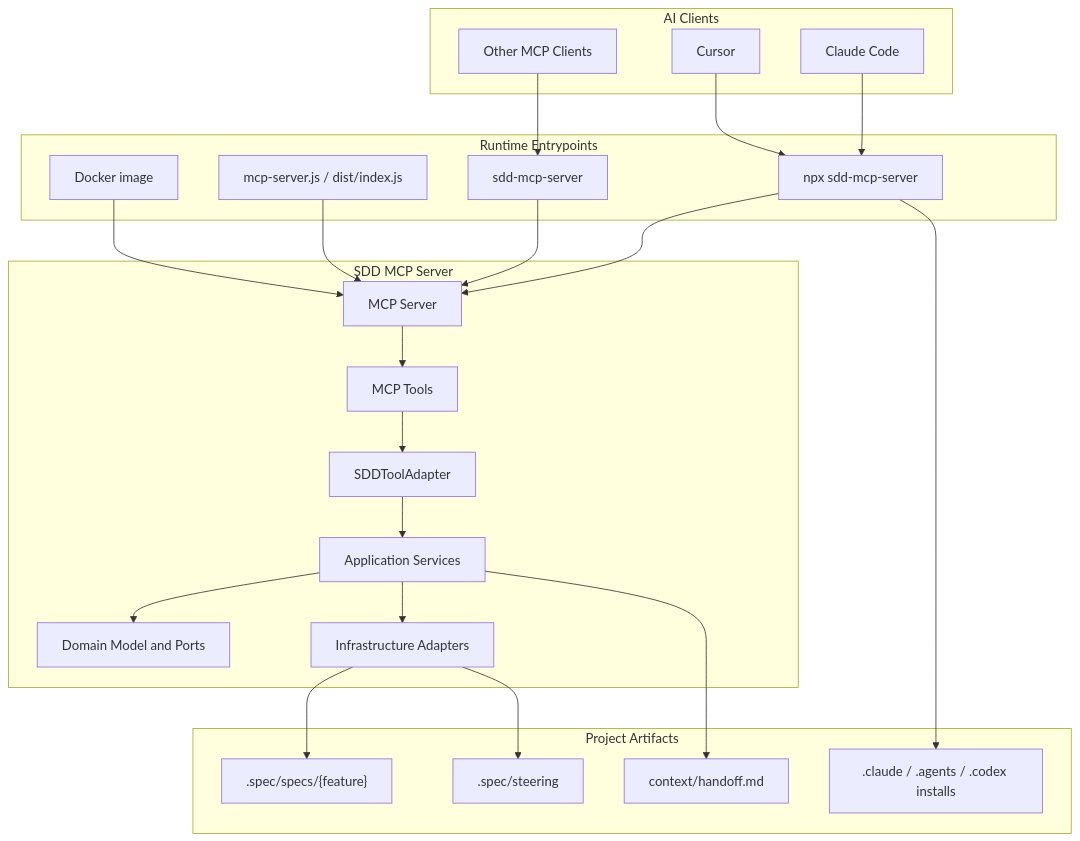
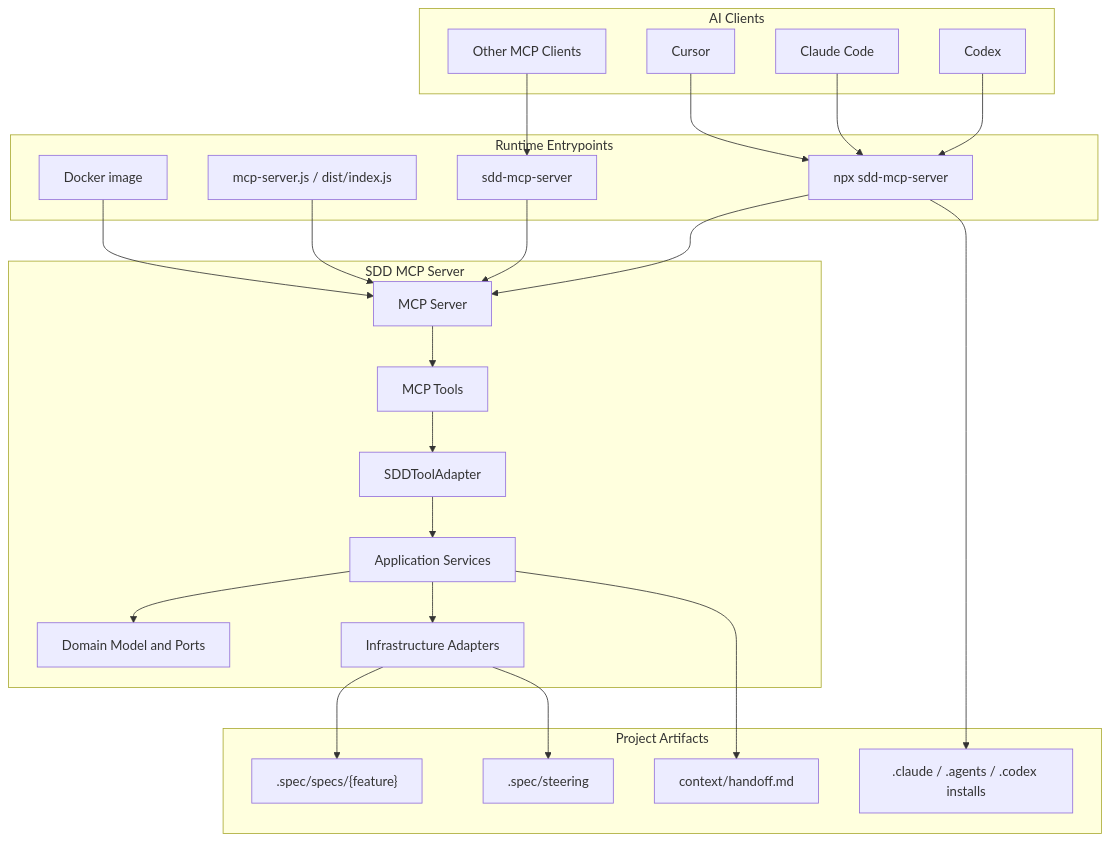
Before and after one commit to yi-john-huang/sdd-mcp: the first of 9 diagrams in ARCHITECTURE.md, drawn with Mermaid. The commit also changed other lines of this file and 22 other files, not shown here.

````diff
--- a/ARCHITECTURE.md
+++ b/ARCHITECTURE.md
@@ -26,48 +26,50 @@
 ```mermaid
 graph TB
     subgraph "AI Clients"
+        Codex["Codex"]
         Claude["Claude Code"]
         Cursor["Cursor"]
         Other["Other MCP Clients"]
     end
 
     subgraph "Runtime Entrypoints"
         NPX["npx sdd-mcp-server"]
         Global["sdd-mcp-server"]
         Local["mcp-server.js / dist/index.js"]
         Docker["Docker image"]
     end
 
     subgraph "SDD MCP Server"
         MCP["MCP Server"]
         Tools["MCP Tools"]
         Adapter["SDDToolAdapter"]
         Services["Application Services"]
         Domain["Domain Model and Ports"]
         Infra["Infrastructure Adapters"]
     end
 
     subgraph "Project Artifacts"
         Specs[".spec/specs/{feature}"]
         Steering[".spec/steering"]
         Handoffs["context/handoff.md"]
         Components[".claude / .agents / .codex installs"]
     end
 
+    Codex --> NPX
     Claude --> NPX
     Cursor --> NPX
     Other --> Global
     NPX --> MCP
     Global --> MCP
     Local --> MCP
     Docker --> MCP
     MCP --> Tools
     Tools --> Adapter
     Adapter --> Services
     Services --> Domain
     Services --> Infra
     Infra --> Specs
     Infra --> Steering
     Services --> Handoffs
     NPX --> Components
 ```
````
